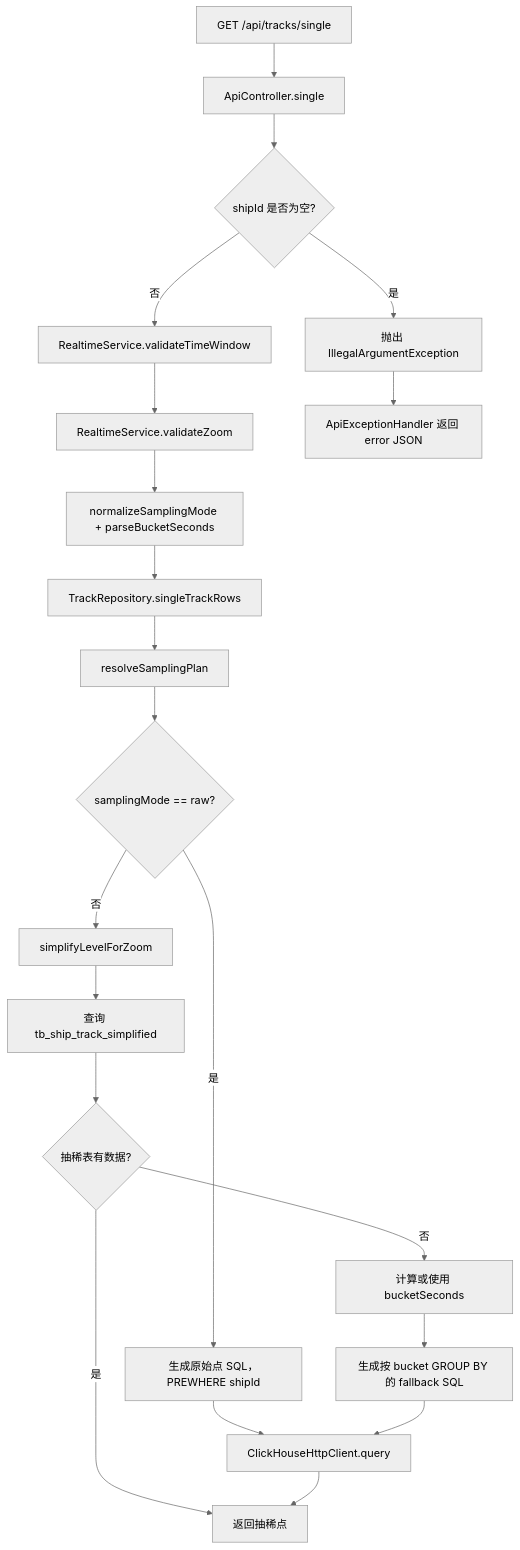
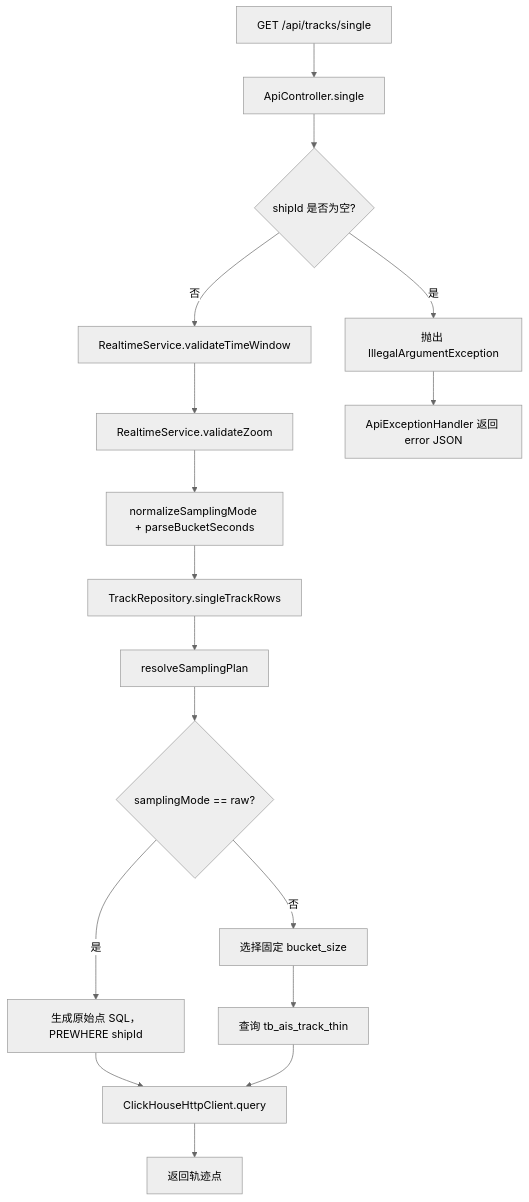
Diagram 14 of 19 in docs/API_FLOW.md (yuqiangdede/testTrack), drawn with Mermaid (neutral theme) before and after one commit. The commit also changed other lines of this file and 24 other files, not shown here.

````diff
--- a/docs/API_FLOW.md
+++ b/docs/API_FLOW.md
@@ -442,23 +435,19 @@
 ```mermaid
 flowchart TD
   A["GET /api/tracks/single"] --> B["ApiController.single"]
   B --> C{"shipId 是否为空?"}
   C -->|是| D["抛出 IllegalArgumentException"]
   C -->|否| E["RealtimeService.validateTimeWindow"]
   E --> F["RealtimeService.validateZoom"]
   F --> G["normalizeSamplingMode + parseBucketSeconds"]
   G --> H["TrackRepository.singleTrackRows"]
   H --> I["resolveSamplingPlan"]
   I --> J{"samplingMode == raw?"}
   J -->|是| K["生成原始点 SQL，PREWHERE shipId"]
-  J -->|否| L["simplifyLevelForZoom"]
-  L --> M["查询 tb_ship_track_simplified"]
-  M --> N{"抽稀表有数据?"}
-  N -->|是| O["返回抽稀点"]
-  N -->|否| P["计算或使用 bucketSeconds"]
-  P --> Q["生成按 bucket GROUP BY 的 fallback SQL"]
+  J -->|否| L["选择固定 bucket_size"]
+  L --> M["查询 tb_ais_track_thin"]
   K --> R["ClickHouseHttpClient.query"]
-  Q --> R
-  R --> O
+  M --> R
+  R --> O["返回轨迹点"]
   D --> S["ApiExceptionHandler 返回 error JSON"]
 ```
````
